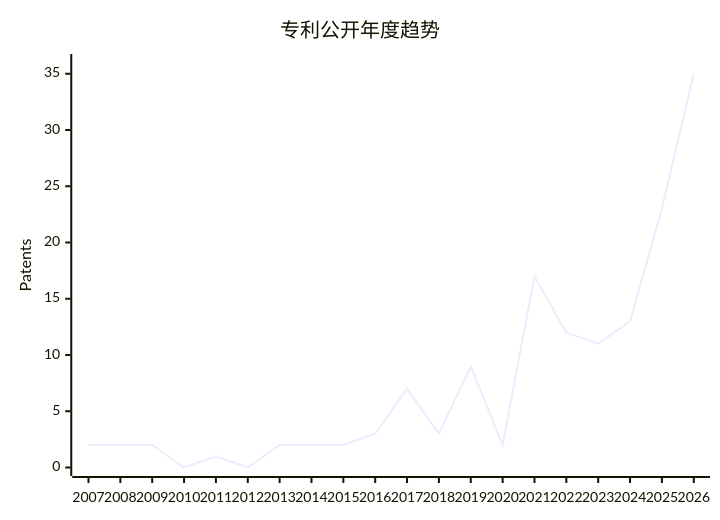
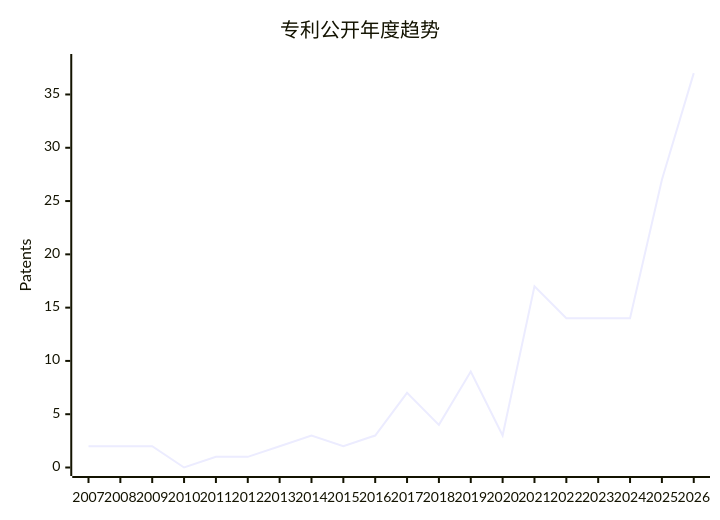
Before and after one commit to LinuxSuRen/awesome-patent: the second of 3 diagrams in README.md, drawn with Mermaid. The commit also changed other lines of this file and 16 other files, not shown here.

````diff
--- a/README.md
+++ b/README.md
@@ -213,7 +229,7 @@
 ```mermaid
 xychart-beta
     title "专利公开年度趋势"
     x-axis [2007, 2008, 2009, 2010, 2011, 2012, 2013, 2014, 2015, 2016, 2017, 2018, 2019, 2020, 2021, 2022, 2023, 2024, 2025, 2026]
-    y-axis "Patents" 0 --> 36
-    line [2, 2, 2, 0, 1, 0, 2, 2, 2, 3, 7, 3, 9, 2, 17, 12, 11, 13, 23, 35]
+    y-axis "Patents" 0 --> 38
+    line [2, 2, 2, 0, 1, 1, 2, 3, 2, 3, 7, 4, 9, 3, 17, 14, 14, 14, 27, 37]
 ```
````
